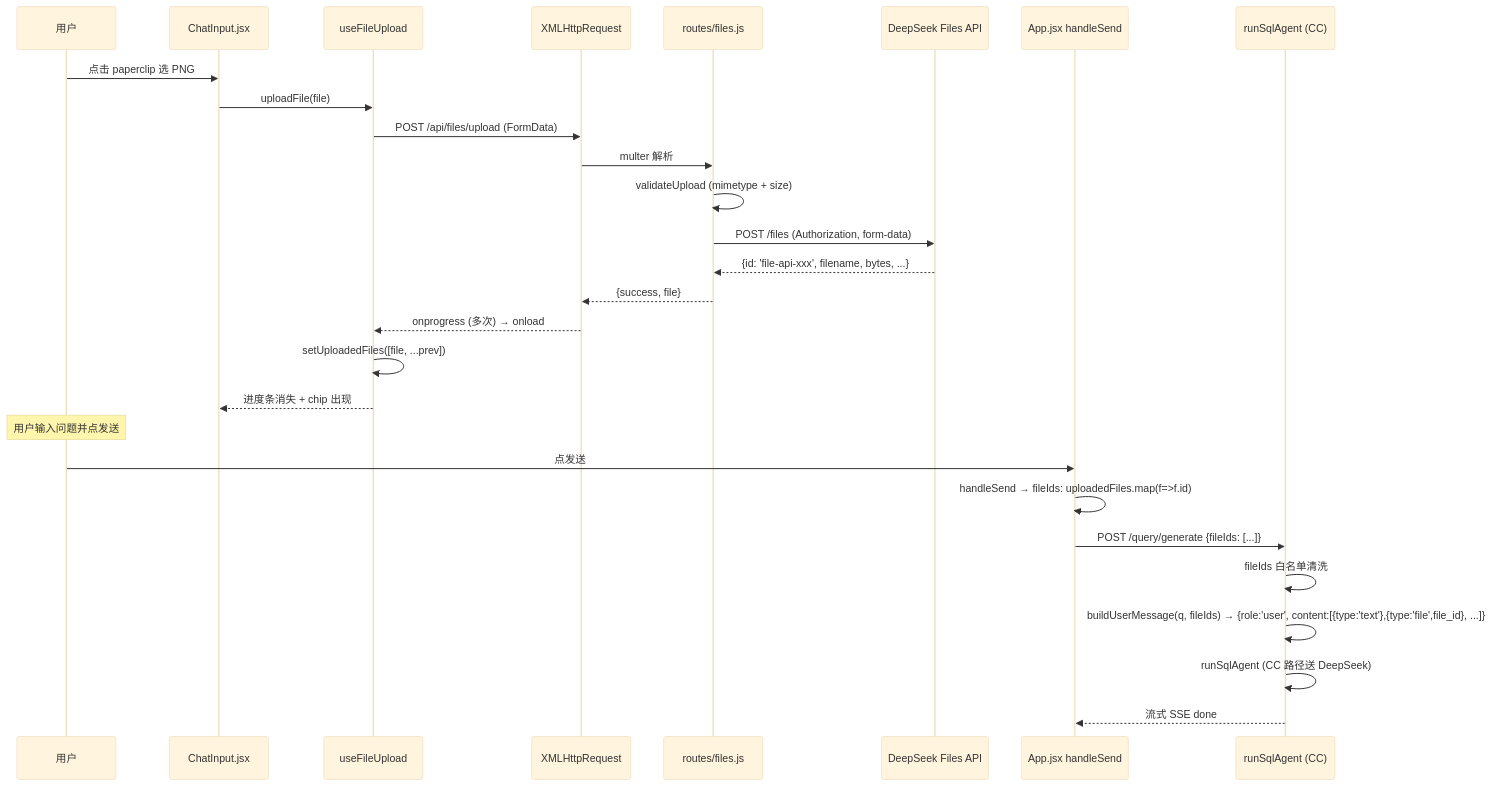
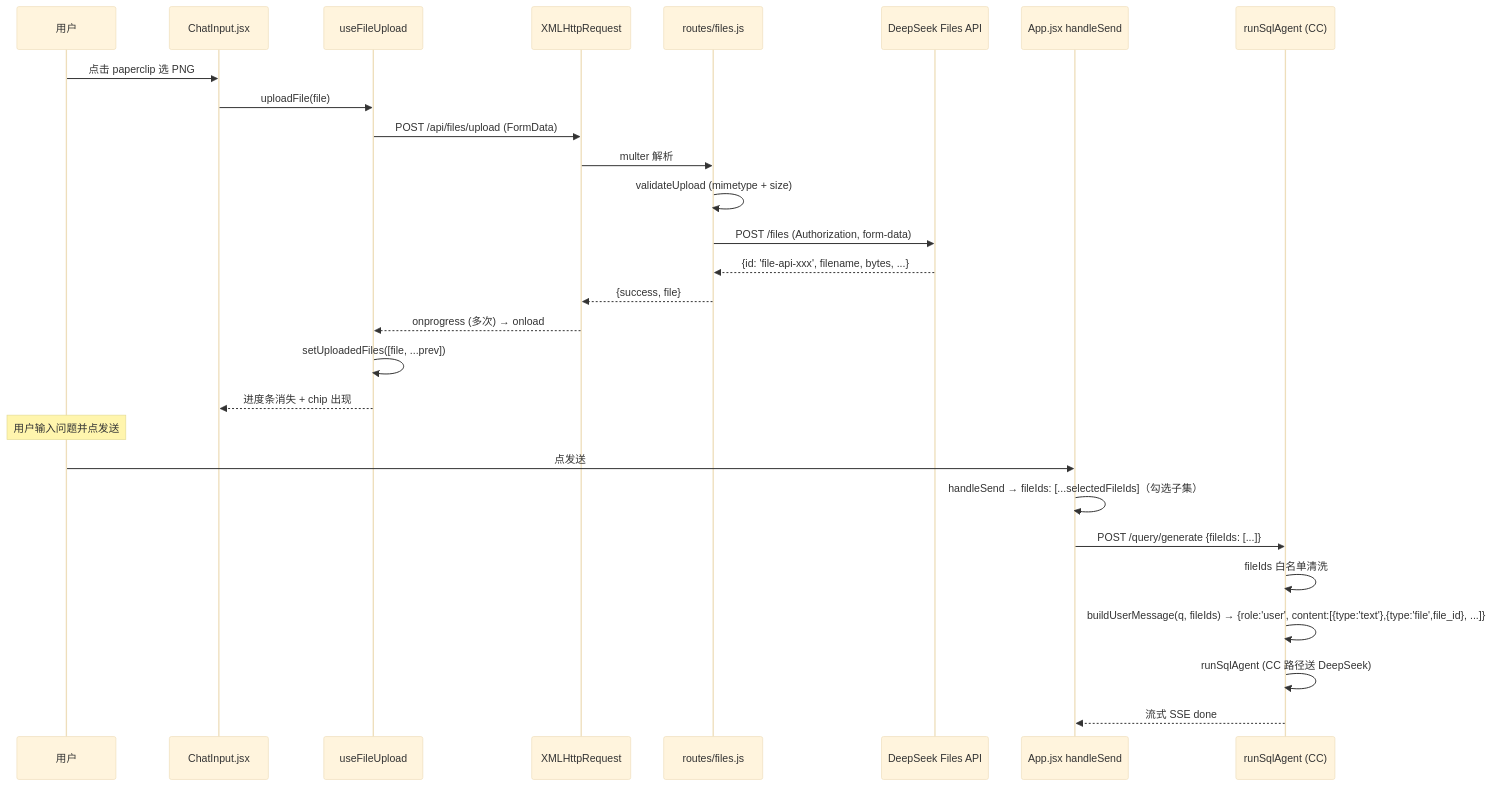
Before and after one commit to cd547/XTSQLQueryAgent: the ninth of 9 diagrams in docs/V1/03-核心流程.md, drawn with Mermaid (base theme). The commit also changed other lines of this file and 9 other files, not shown here.

````diff
--- a/docs/V1/03-核心流程.md
+++ b/docs/V1/03-核心流程.md
@@ -738,31 +742,31 @@
 ```mermaid
 sequenceDiagram
     participant U as 用户
     participant ChatInput as ChatInput.jsx
     participant Hook as useFileUpload
     participant XHR as XMLHttpRequest
     participant BE as routes/files.js
     participant DS as DeepSeek Files API
     participant App as App.jsx handleSend
     participant LLM as runSqlAgent (CC)
 
     U->>ChatInput: 点击 paperclip 选 PNG
     ChatInput->>Hook: uploadFile(file)
     Hook->>XHR: POST /api/files/upload (FormData)
     XHR->>BE: multer 解析
     BE->>BE: validateUpload (mimetype + size)
     BE->>DS: POST /files (Authorization, form-data)
     DS-->>BE: {id: 'file-api-xxx', filename, bytes, ...}
     BE-->>XHR: {success, file}
     XHR-->>Hook: onprogress (多次) → onload
     Hook->>Hook: setUploadedFiles([file, ...prev])
     Hook-->>ChatInput: 进度条消失 + chip 出现
     Note over U: 用户输入问题并点发送
     U->>App: 点发送
-    App->>App: handleSend → fileIds: uploadedFiles.map(f=>f.id)
+    App->>App: handleSend → fileIds: [...selectedFileIds]（勾选子集）
     App->>LLM: POST /query/generate {fileIds: [...]}
     LLM->>LLM: fileIds 白名单清洗
     LLM->>LLM: buildUserMessage(q, fileIds) → {role:'user', content:[{type:'text'},{type:'file',file_id}, ...]}
     LLM->>LLM: runSqlAgent (CC 路径送 DeepSeek)
     LLM-->>App: 流式 SSE done
 ```
````
